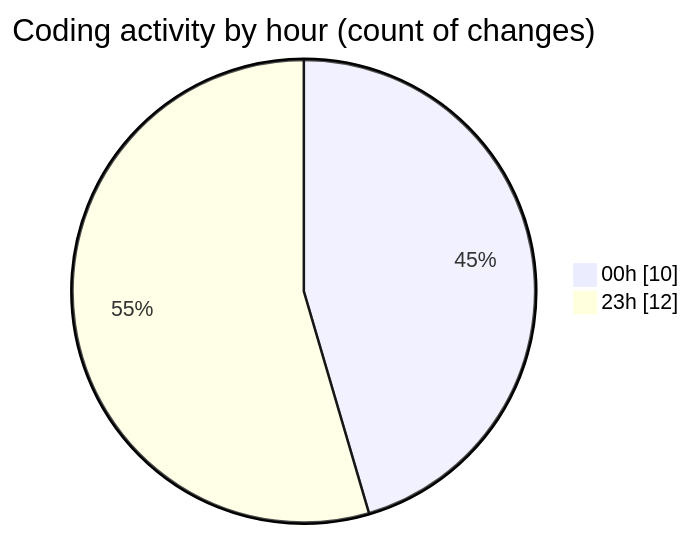
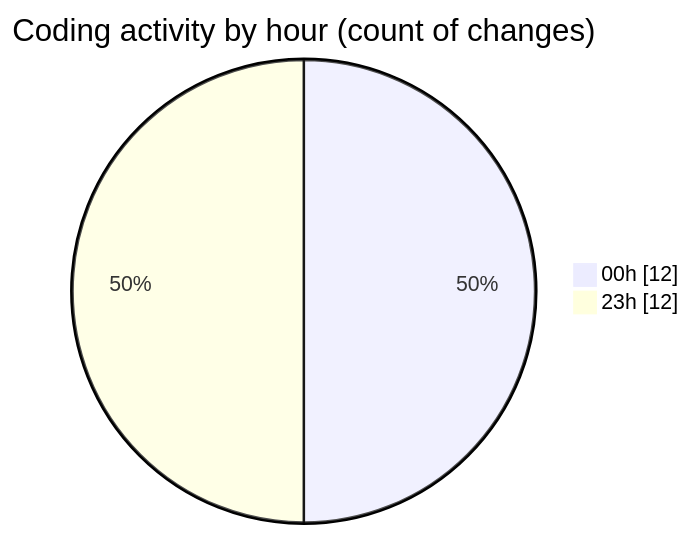
The second of 2 diagrams in 2025-10-31/eventscop-frontend-guide__workspace_/README.md (julien-gomy/code-tracking), drawn with Mermaid before and after one commit. The commit also changed other lines of this file and 1 other file, not shown here.

````diff
--- a/2025-10-31/eventscop-frontend-guide__workspace_/README.md
+++ b/2025-10-31/eventscop-frontend-guide__workspace_/README.md
@@ -35,6 +35,6 @@
 ```mermaid
 pie showData
 title Coding activity by hour (count of changes)
-"00h" : 10
+"00h" : 12
 "23h" : 12
 ```
````
